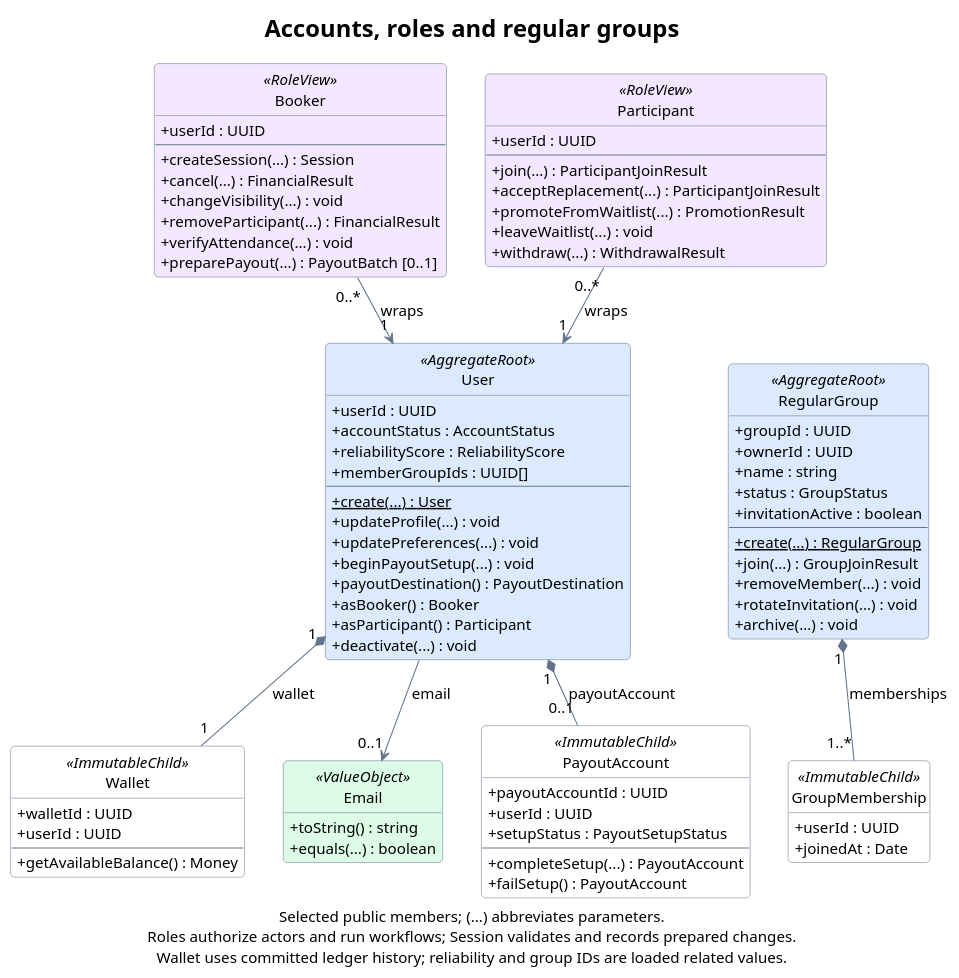
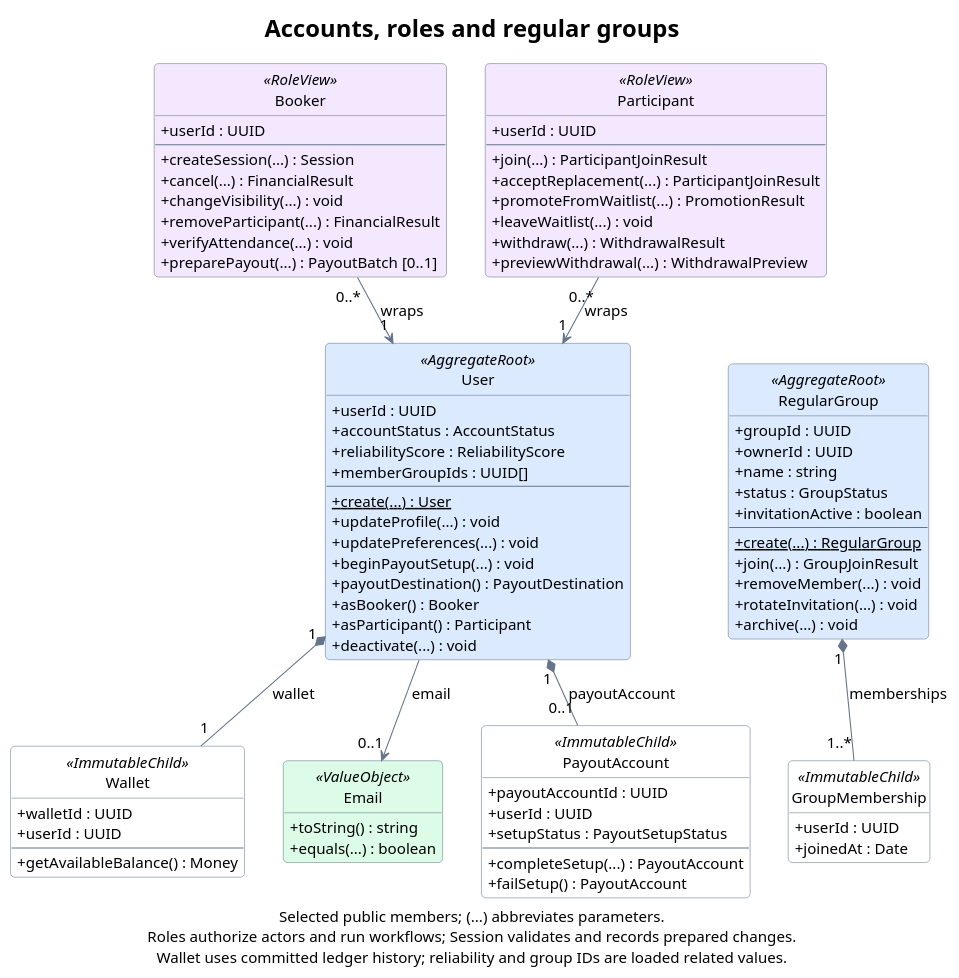
One commit to rbrishi15/booking-web-manager changed the diagram in docs/diagrams/domain-accounts.puml. Above: the diagram before and after it, drawn with PlantUML. The commit also changed 8 other files, not shown here.

First line of the commit message:
feat(domain): add read-only Participant.previewWithdrawal (UC2-05)

```diff
--- a/docs/diagrams/domain-accounts.puml
+++ b/docs/diagrams/domain-accounts.puml
@@ -1,113 +1,114 @@
 @startuml domain-accounts
 title Accounts, roles and regular groups
 
 top to bottom direction
 hide empty members
 hide circle
 skinparam backgroundColor #FFFFFF
 skinparam shadowing false
 skinparam roundcorner 8
 skinparam defaultFontName SansSerif
 skinparam defaultFontSize 14
 skinparam titleFontSize 22
 skinparam ArrowColor #64748B
 skinparam classBorderColor #64748B
 skinparam classBackgroundColor #FFFFFF
 skinparam classBackgroundColor<<AggregateRoot>> #DBEAFE
 skinparam classBackgroundColor<<ValueObject>> #DCFCE7
 skinparam classBackgroundColor<<RoleView>> #F3E8FF
 skinparam classAttributeIconSize 0
 skinparam linetype polyline
 skinparam nodesep 35
 skinparam ranksep 40
 
 class Booker <<RoleView>> {
   +userId : UUID
   --
   +createSession(...) : Session
   +cancel(...) : FinancialResult
   +changeVisibility(...) : void
   +removeParticipant(...) : FinancialResult
   +verifyAttendance(...) : void
   +preparePayout(...) : PayoutBatch [0..1]
 }
 
 class Participant <<RoleView>> {
   +userId : UUID
   --
   +join(...) : ParticipantJoinResult
   +acceptReplacement(...) : ParticipantJoinResult
   +promoteFromWaitlist(...) : PromotionResult
   +leaveWaitlist(...) : void
   +withdraw(...) : WithdrawalResult
+  +previewWithdrawal(...) : WithdrawalPreview
 }
 
 class User <<AggregateRoot>> {
   +userId : UUID
   +accountStatus : AccountStatus
   +reliabilityScore : ReliabilityScore
   +memberGroupIds : UUID[]
   --
   {static} +create(...) : User
   +updateProfile(...) : void
   +updatePreferences(...) : void
   +beginPayoutSetup(...) : void
   +payoutDestination() : PayoutDestination
   +asBooker() : Booker
   +asParticipant() : Participant
   +deactivate(...) : void
 }
 
 class Wallet <<ImmutableChild>> {
   +walletId : UUID
   +userId : UUID
   --
   +getAvailableBalance() : Money
 }
 
 class Email <<ValueObject>> {
   +toString() : string
   +equals(...) : boolean
 }
 
 class PayoutAccount <<ImmutableChild>> {
   +payoutAccountId : UUID
   +userId : UUID
   +setupStatus : PayoutSetupStatus
   --
   +completeSetup(...) : PayoutAccount
   +failSetup() : PayoutAccount
 }
 
 class RegularGroup <<AggregateRoot>> {
   +groupId : UUID
   +ownerId : UUID
   +name : string
   +status : GroupStatus
   +invitationActive : boolean
   --
   {static} +create(...) : RegularGroup
   +join(...) : GroupJoinResult
   +removeMember(...) : void
   +rotateInvitation(...) : void
   +archive(...) : void
 }
 
 class GroupMembership <<ImmutableChild>> {
   +userId : UUID
   +joinedAt : Date
 }
 
 Booker "0..*" -down-> "1" User : wraps
 Participant "0..*" -down-> "1" User : wraps
 User "1" *-down- "1" Wallet : wallet
 User "1" *-down- "0..1" PayoutAccount : payoutAccount
 User -down-> "0..1" Email : email
 RegularGroup "1" *-down- "1..*" GroupMembership : memberships
 
 User -[hidden]right- RegularGroup
 Wallet -[hidden]right- Email
 Email -[hidden]right- PayoutAccount
 
 caption Selected public members; (...) abbreviates parameters.\nRoles authorize actors and run workflows; Session validates and records prepared changes.\nWallet uses committed ledger history; reliability and group IDs are loaded related values.
 @enduml
```
